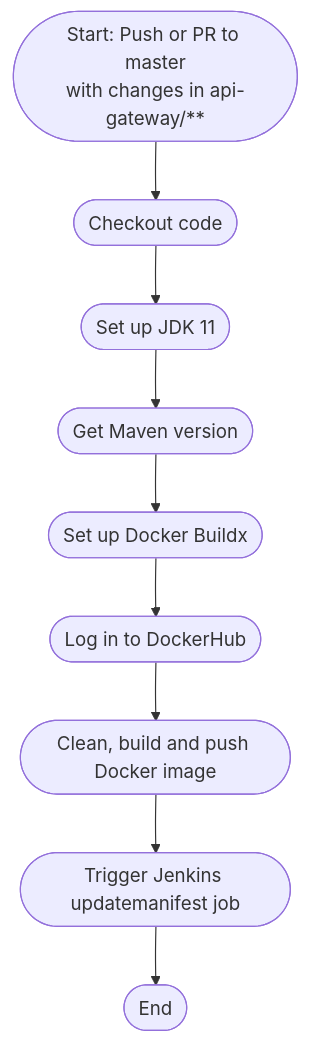
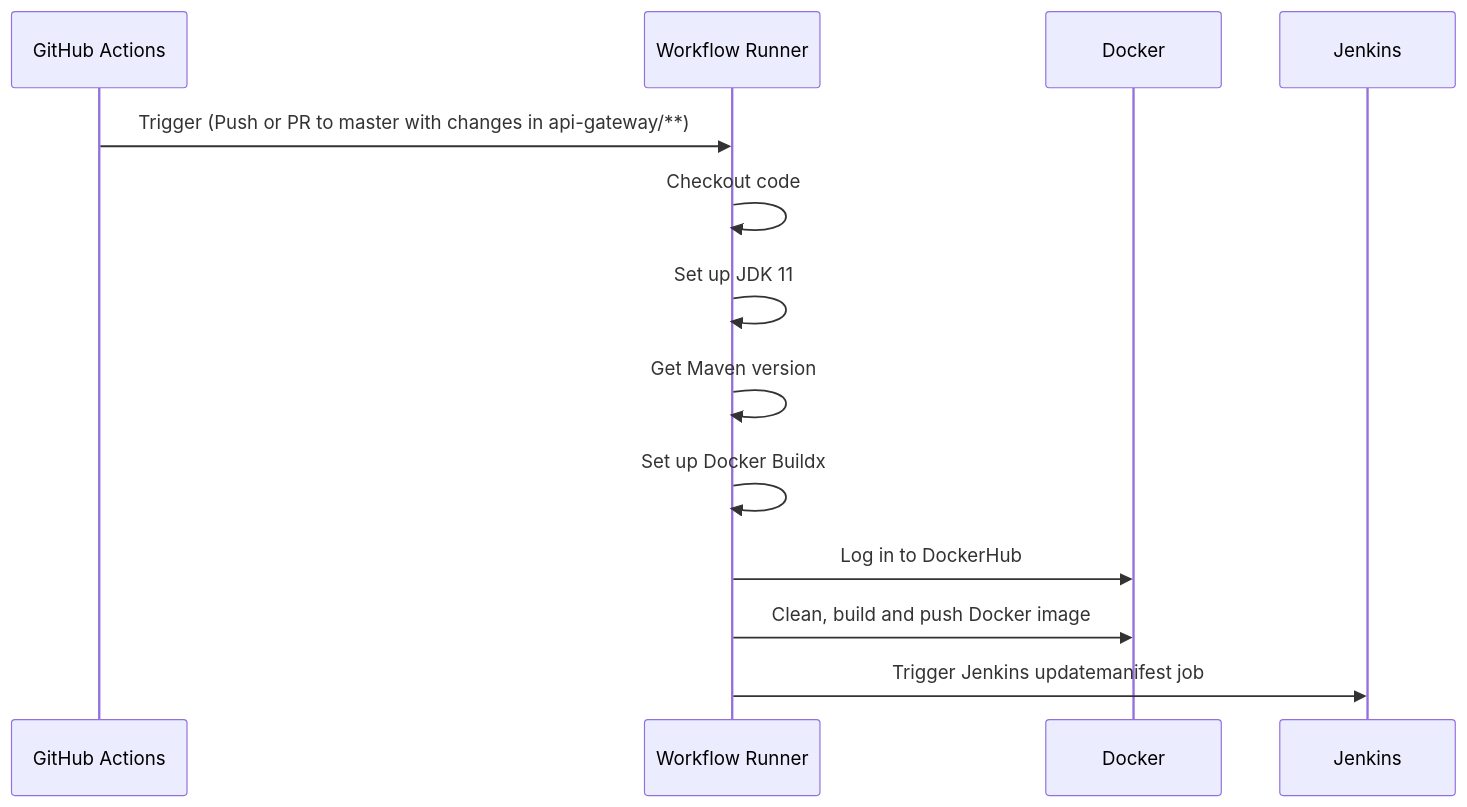
The first of 5 diagrams in README.md (FelipeBarretoB/ecommerce-microservice-backend-app), drawn with Mermaid before and after one commit. The commit also changed other lines of this file, not shown here.

Commit message:
chore: changed from flow diagrams to sequence diagrams

````diff
--- a/README.md
+++ b/README.md
@@ -146,21 +146,16 @@
 ```mermaid
-flowchart TD
-    A([Start: Push or PR to master<br>with changes in api-gateway/**])
-    B([Checkout code])
-    C([Set up JDK 11])
-    D([Get Maven version])
-    E([Set up Docker Buildx])
-    F([Log in to DockerHub])
-    G([Clean, build and push Docker image])
-    H([Trigger Jenkins updatemanifest job])
-    I([End])
+sequenceDiagram
+    participant GitHub as GitHub Actions
+    participant Runner as Workflow Runner
+    participant Docker as Docker
+    participant Jenkins as Jenkins
 
-    A --> B
-    B --> C
-    C --> D
-    D --> E
-    E --> F
-    F --> G
-    G --> H
-    H --> I
+    GitHub->>Runner: Trigger (Push or PR to master with changes in api-gateway/**)
+    Runner->>Runner: Checkout code
+    Runner->>Runner: Set up JDK 11
+    Runner->>Runner: Get Maven version
+    Runner->>Runner: Set up Docker Buildx
+    Runner->>Docker: Log in to DockerHub
+    Runner->>Docker: Clean, build and push Docker image
+    Runner->>Jenkins: Trigger Jenkins updatemanifest job
 ```
````
